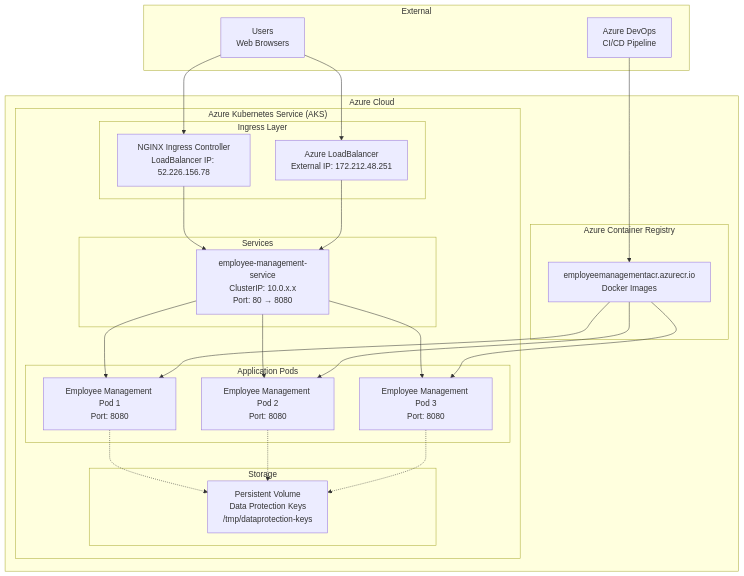
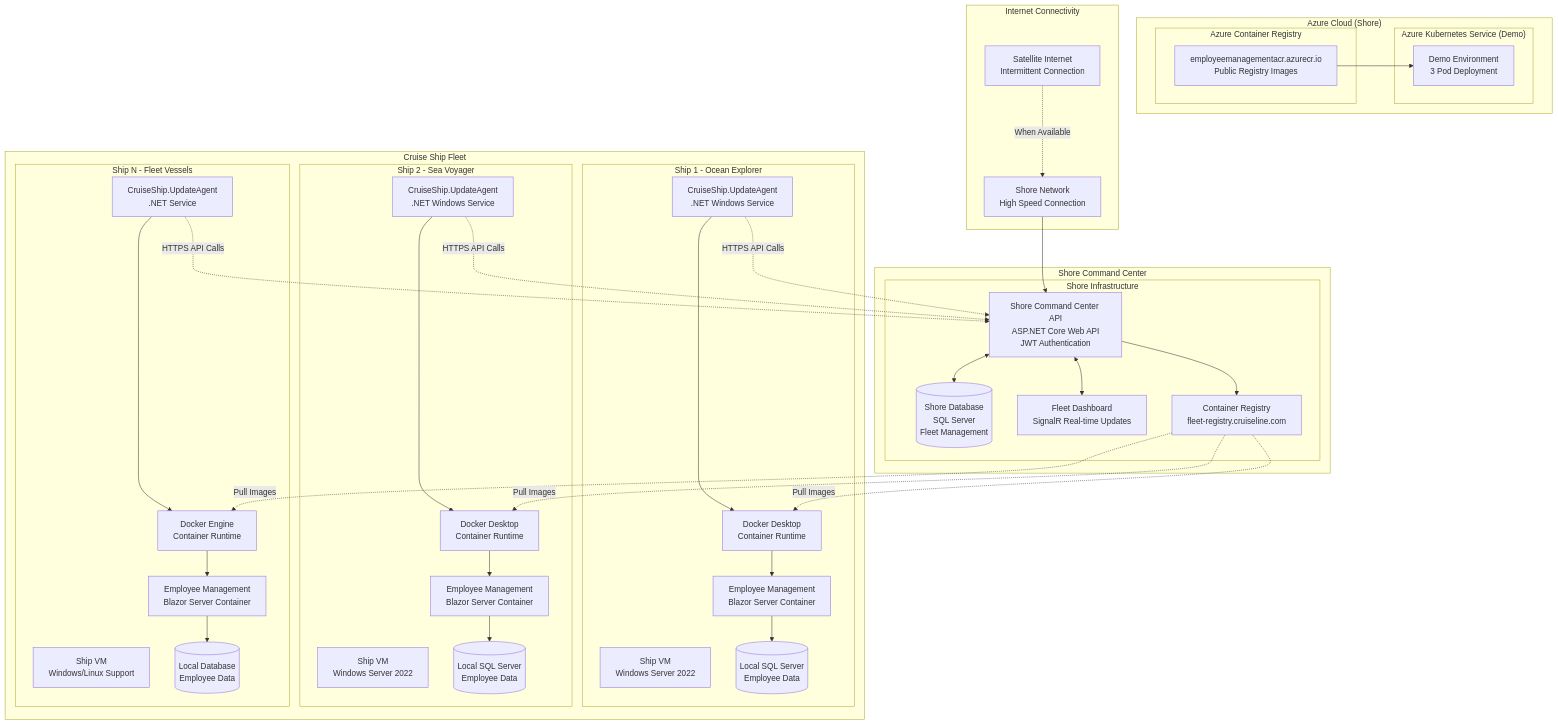
Before and after one commit to ralphmx1988/EmployeeManagement: the first of 20 diagrams in ARCHITECTURE.md, drawn with Mermaid. The commit also changed other lines of this file and 70 other files, not shown here.

````diff
--- a/ARCHITECTURE.md
+++ b/ARCHITECTURE.md
@@ -7,49 +7,87 @@
 ```mermaid
 graph TB
-    subgraph "Azure Cloud"
-        subgraph "Azure Container Registry"
-            ACR[employeemanagementacr.azurecr.io<br/>Docker Images]
-        end
-        
-        subgraph "Azure Kubernetes Service (AKS)"
-            subgraph "Ingress Layer"
-                NGINX[NGINX Ingress Controller<br/>LoadBalancer IP: 52.226.156.78]
-                LB[Azure LoadBalancer<br/>External IP: 172.212.48.251]
-            end
-            
-            subgraph "Application Pods"
-                POD1[Employee Management Pod 1<br/>Port: 8080]
-                POD2[Employee Management Pod 2<br/>Port: 8080]
-                POD3[Employee Management Pod 3<br/>Port: 8080]
-            end
-            
-            subgraph "Services"
-                SVC[employee-management-service<br/>ClusterIP: 10.0.x.x<br/>Port: 80 → 8080]
-            end
-            
-            subgraph "Storage"
-                PV[Persistent Volume<br/>Data Protection Keys<br/>/tmp/dataprotection-keys]
-            end
+    subgraph "Shore Command Center"
+        subgraph "Shore Infrastructure"
+            SHORE_API[Shore Command Center API<br/>ASP.NET Core Web API<br/>JWT Authentication]
+            SHORE_DB[(Shore Database<br/>SQL Server<br/>Fleet Management)]
+            SHORE_DASHBOARD[Fleet Dashboard<br/>SignalR Real-time Updates]
+            SHORE_REGISTRY[Container Registry<br/>fleet-registry.cruiseline.com]
         end
     end
     
-    subgraph "External"
-        USER[Users<br/>Web Browsers]
-        DEVOPS[Azure DevOps<br/>CI/CD Pipeline]
+    subgraph "Cruise Ship Fleet"
+        subgraph "Ship 1 - Ocean Explorer"
+            SHIP1_VM[Ship VM<br/>Windows Server 2022]
+            SHIP1_AGENT[CruiseShip.UpdateAgent<br/>.NET Windows Service]
+            SHIP1_DOCKER[Docker Desktop<br/>Container Runtime]
+            SHIP1_DB[(Local SQL Server<br/>Employee Data)]
+            SHIP1_APP[Employee Management<br/>Blazor Server Container]
+        end
+        
+        subgraph "Ship 2 - Sea Voyager"
+            SHIP2_VM[Ship VM<br/>Windows Server 2022]
+            SHIP2_AGENT[CruiseShip.UpdateAgent<br/>.NET Windows Service]
+            SHIP2_DOCKER[Docker Desktop<br/>Container Runtime]
+            SHIP2_DB[(Local SQL Server<br/>Employee Data)]
+            SHIP2_APP[Employee Management<br/>Blazor Server Container]
+        end
+        
+        subgraph "Ship N - Fleet Vessels"
+            SHIPN_VM[Ship VM<br/>Windows/Linux Support]
+            SHIPN_AGENT[CruiseShip.UpdateAgent<br/>.NET Service]
+            SHIPN_DOCKER[Docker Engine<br/>Container Runtime]
+            SHIPN_DB[(Local Database<br/>Employee Data)]
+            SHIPN_APP[Employee Management<br/>Blazor Server Container]
+        end
     end
     
-    USER --> NGINX
-    USER --> LB
-    NGINX --> SVC
-    LB --> SVC
-    SVC --> POD1
-    SVC --> POD2
-    SVC --> POD3
-    POD1 -.-> PV
-    POD2 -.-> PV
-    POD3 -.-> PV
-    DEVOPS --> ACR
-    ACR --> POD1
-    ACR --> POD2
-    ACR --> POD3
+    subgraph "Azure Cloud (Shore)"
+        subgraph "Azure Container Registry"
+            ACR[employeemanagementacr.azurecr.io<br/>Public Registry Images]
+        end
+        
+        subgraph "Azure Kubernetes Service (Demo)"
+            AKS_PODS[Demo Environment<br/>3 Pod Deployment]
+        end
+    end
+    
+    subgraph "Internet Connectivity"
+        SATELLITE[Satellite Internet<br/>Intermittent Connection]
+        SHORE_NET[Shore Network<br/>High Speed Connection]
+    end
+    
+    %% Shore Command Center Connections
+    SHORE_API <--> SHORE_DB
+    SHORE_API <--> SHORE_DASHBOARD
+    SHORE_API --> SHORE_REGISTRY
+    
+    %% Ship Connections (when online)
+    SHIP1_AGENT -.->|HTTPS API Calls| SHORE_API
+    SHIP2_AGENT -.->|HTTPS API Calls| SHORE_API
+    SHIPN_AGENT -.->|HTTPS API Calls| SHORE_API
+    
+    %% Ship Internal Architecture
+    SHIP1_AGENT --> SHIP1_DOCKER
+    SHIP1_DOCKER --> SHIP1_APP
+    SHIP1_APP --> SHIP1_DB
+    
+    SHIP2_AGENT --> SHIP2_DOCKER
+    SHIP2_DOCKER --> SHIP2_APP
+    SHIP2_APP --> SHIP2_DB
+    
+    SHIPN_AGENT --> SHIPN_DOCKER
+    SHIPN_DOCKER --> SHIPN_APP
+    SHIPN_APP --> SHIPN_DB
+    
+    %% Container Image Flow
+    SHORE_REGISTRY -.->|Pull Images| SHIP1_DOCKER
+    SHORE_REGISTRY -.->|Pull Images| SHIP2_DOCKER
+    SHORE_REGISTRY -.->|Pull Images| SHIPN_DOCKER
+    
+    %% Azure Demo Environment
+    ACR --> AKS_PODS
+    
+    %% Internet Connectivity
+    SATELLITE -.->|When Available| SHORE_NET
+    SHORE_NET --> SHORE_API
 ```
````
